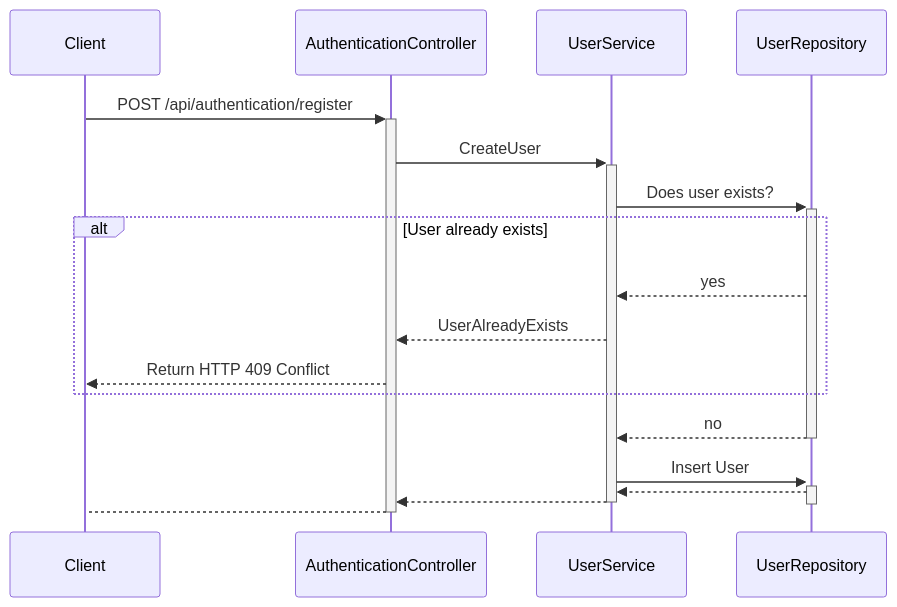
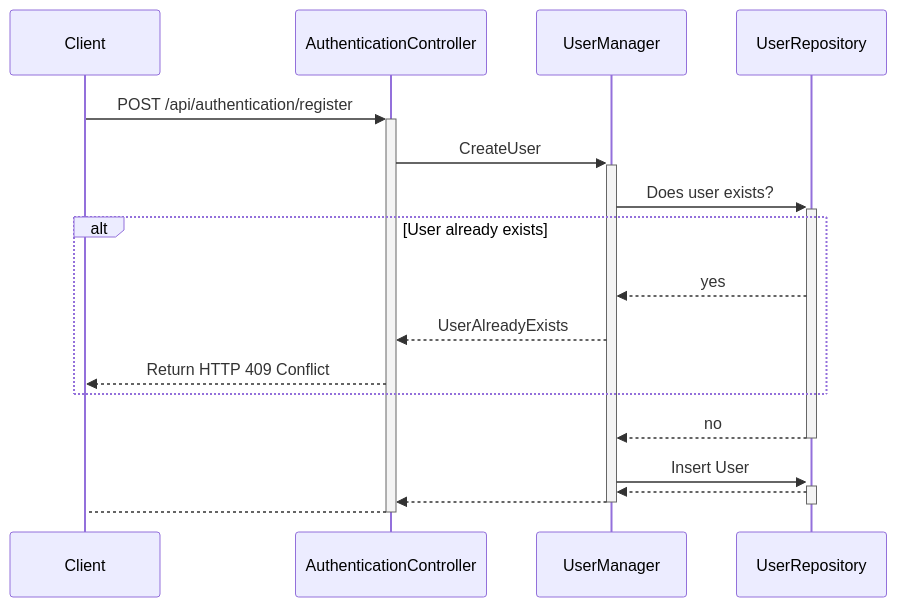
One commit to JKMN-Projects/ripple_sync_backend changed the first of 4 diagrams in documentation/diagrams/sequence_diagram.md. Above: the diagram before and after it, drawn with Mermaid. The commit also changed other lines of this file and 2 other files, not shown here.

Commit message:
some diagrams

````diff
--- a/documentation/diagrams/sequence_diagram.md
+++ b/documentation/diagrams/sequence_diagram.md
@@ -5,16 +5,16 @@
-``` mermaid
+```mermaid
     sequenceDiagram
     Client->>+AuthenticationController: POST /api/authentication/register
-    AuthenticationController->>+UserService: CreateUser 
-    UserService ->>+ UserRepository: Does user exists?
+    AuthenticationController->>+UserManager: CreateUser 
+    UserManager ->>+ UserRepository: Does user exists?
     alt User already exists
-        UserRepository-->>UserService: yes
-        UserService -->> AuthenticationController: UserAlreadyExists
+        UserRepository-->>UserManager: yes
+        UserManager -->> AuthenticationController: UserAlreadyExists
         AuthenticationController -->> Client: Return HTTP 409 Conflict
     end
-    UserRepository-->>-UserService: no
-    UserService ->>+ UserRepository: Insert User
-    UserRepository -->>- UserService: 
-    UserService -->>- AuthenticationController: 
+    UserRepository-->>-UserManager: no
+    UserManager ->>+ UserRepository: Insert User
+    UserRepository -->>- UserManager: 
+    UserManager -->>- AuthenticationController: 
     AuthenticationController -->- Client: 
 ```
````
